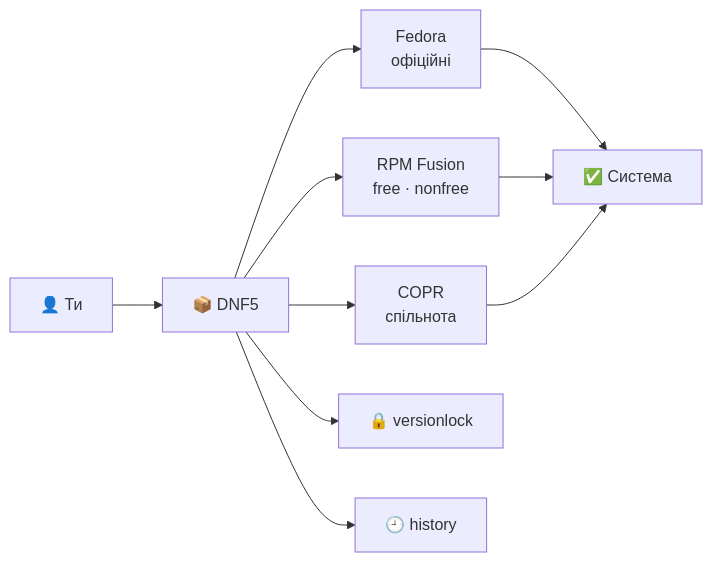
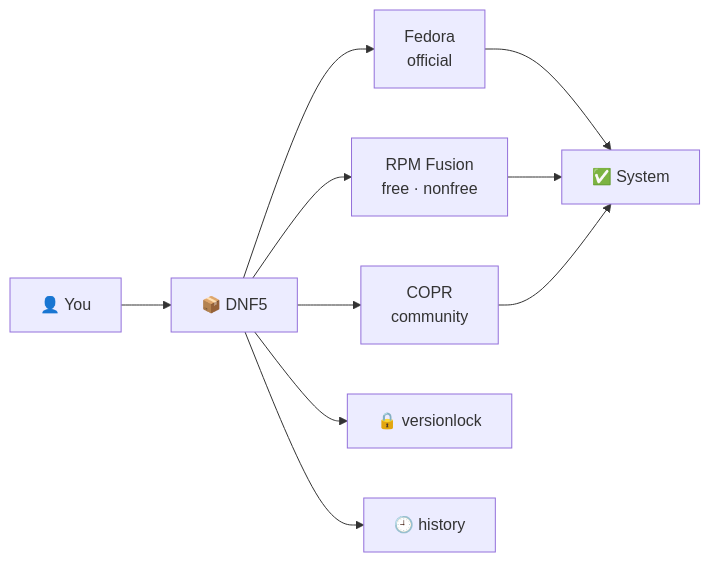
Before and after one commit to andriyevski/python-learning-portfolio: the second of 13 diagrams in commands.md, drawn with Mermaid. The commit also changed other lines of this file and 3 other files, not shown here.

````diff
--- a/commands.md
+++ b/commands.md
@@ -96,12 +99,12 @@
 ```mermaid
 graph LR
-    U["👤 Ти"] --> D["📦 DNF5"]
-    D --> F["Fedora<br/>офіційні"]
+    U["👤 You"] --> D["📦 DNF5"]
+    D --> F["Fedora<br/>official"]
     D --> R["RPM Fusion<br/>free · nonfree"]
-    D --> C["COPR<br/>спільнота"]
+    D --> C["COPR<br/>community"]
     D --> VL["🔒 versionlock"]
     D --> H["🕘 history"]
-    F --> S["✅ Система"]
+    F --> S["✅ System"]
     R --> S
     C --> S
 ```
````
